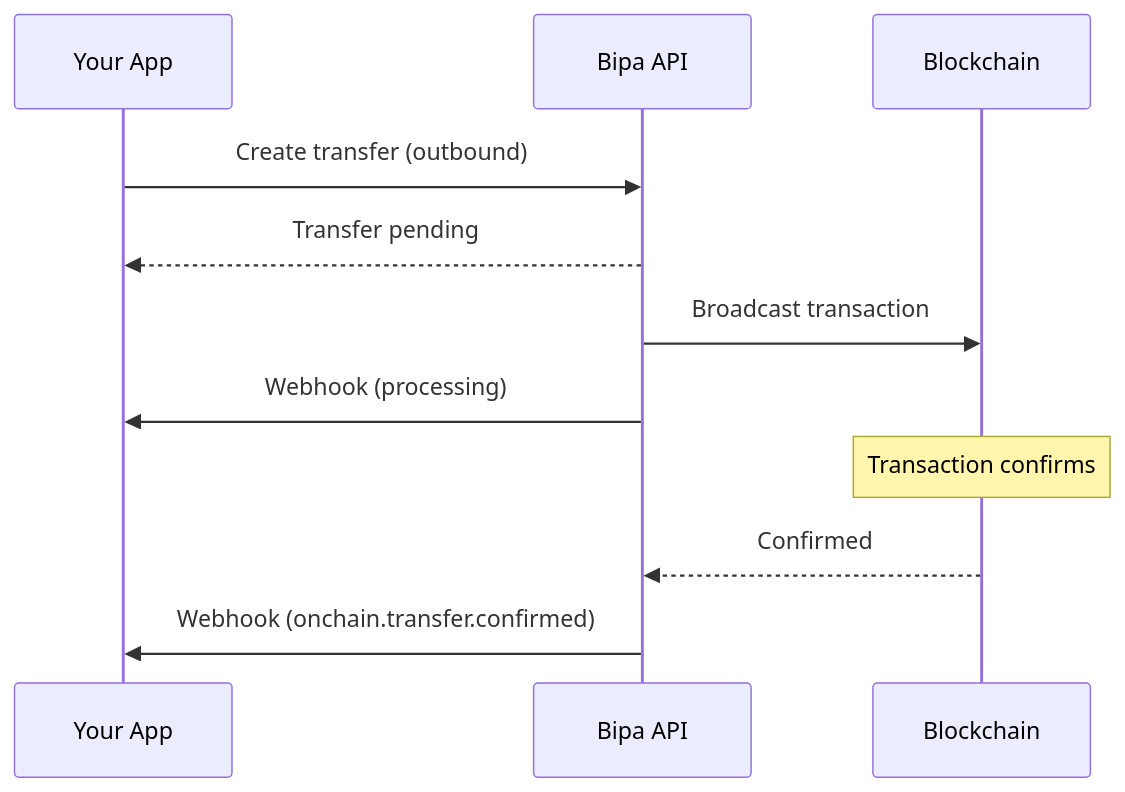
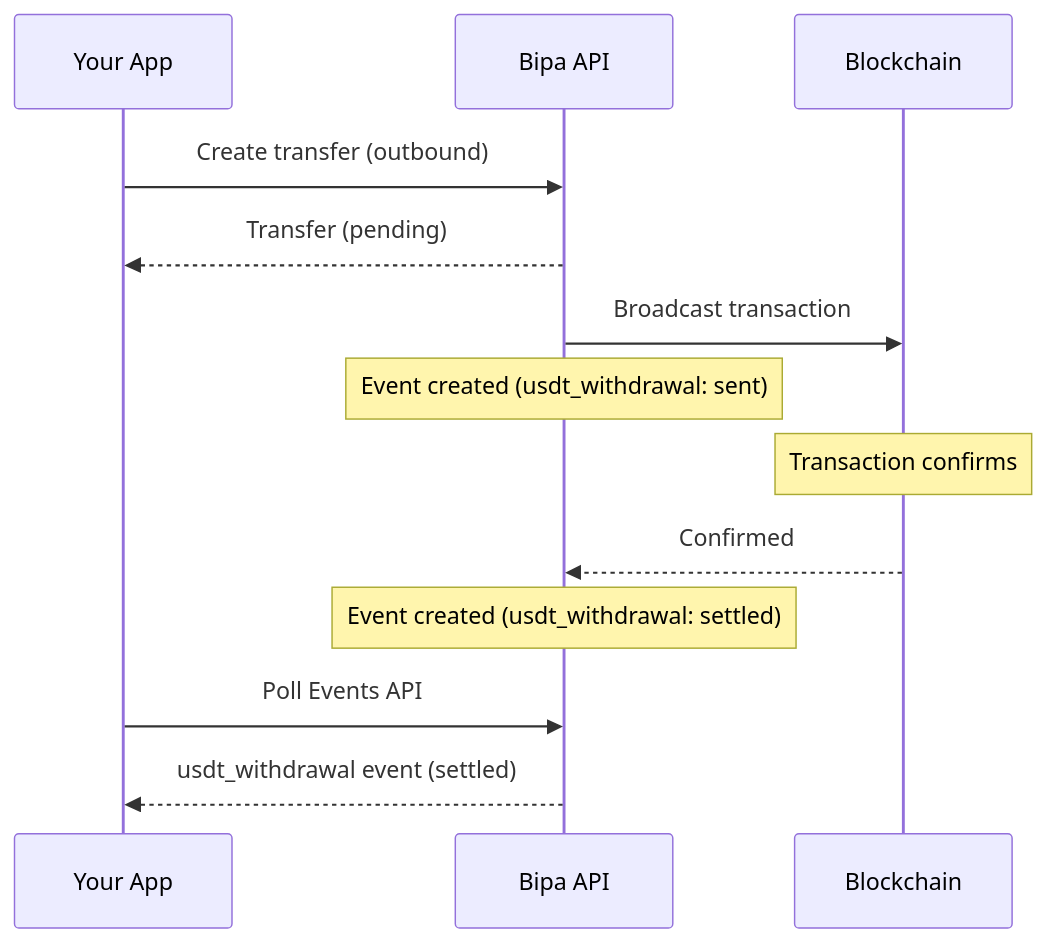
Before and after one commit to bipa-app/docs: the second of 2 diagrams in api-reference/onchain/overview.mdx, drawn with Mermaid. The commit also changed other lines of this file and 25 other files, not shown here.

````diff
--- a/api-reference/onchain/overview.mdx
+++ b/api-reference/onchain/overview.mdx
@@ -127,17 +129,19 @@
 ```mermaid
 sequenceDiagram
     participant App as Your App
     participant Bipa as Bipa API
     participant Chain as Blockchain
 
     App->>Bipa: Create transfer (outbound)
-    Bipa-->>App: Transfer pending
+    Bipa-->>App: Transfer (pending)
 
     Bipa->>Chain: Broadcast transaction
-    Bipa->>App: Webhook (processing)
+    Note over Bipa: Event created (usdt_withdrawal: sent)
 
     Note over Chain: Transaction confirms
 
     Chain-->>Bipa: Confirmed
-    Bipa->>App: Webhook (onchain.transfer.confirmed)
+    Note over Bipa: Event created (usdt_withdrawal: settled)
+    App->>Bipa: Poll Events API
+    Bipa-->>App: usdt_withdrawal event (settled)
 ```
````
